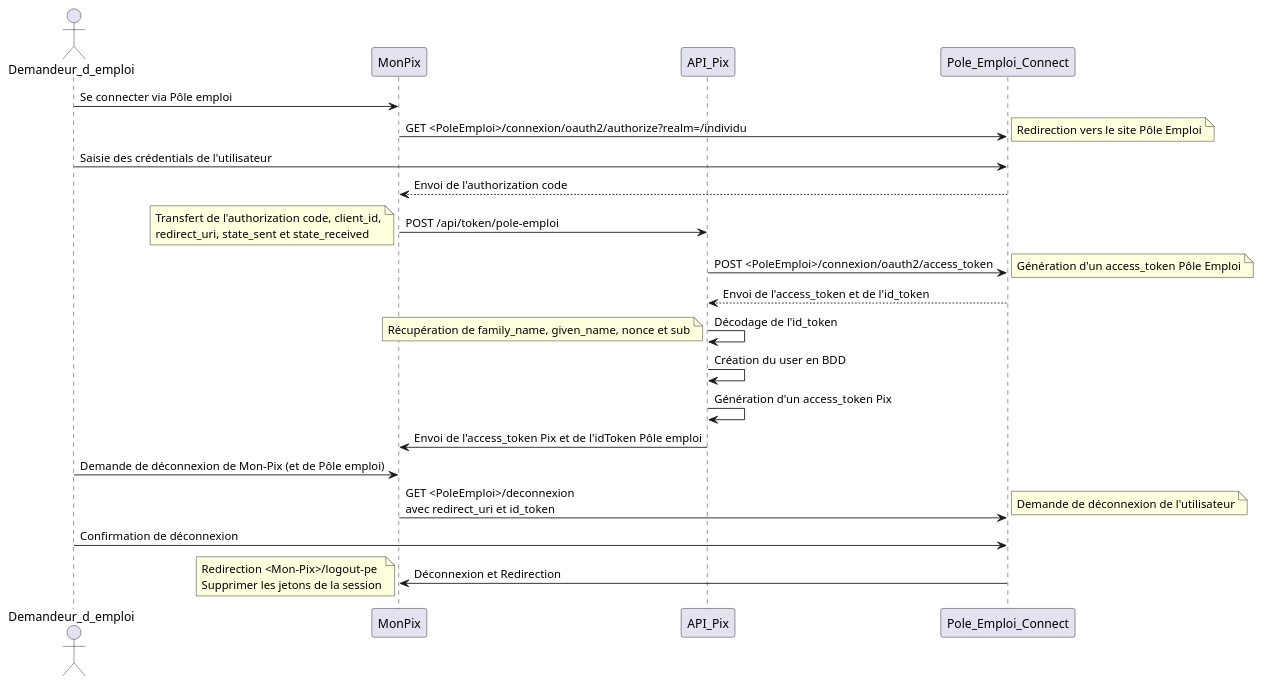
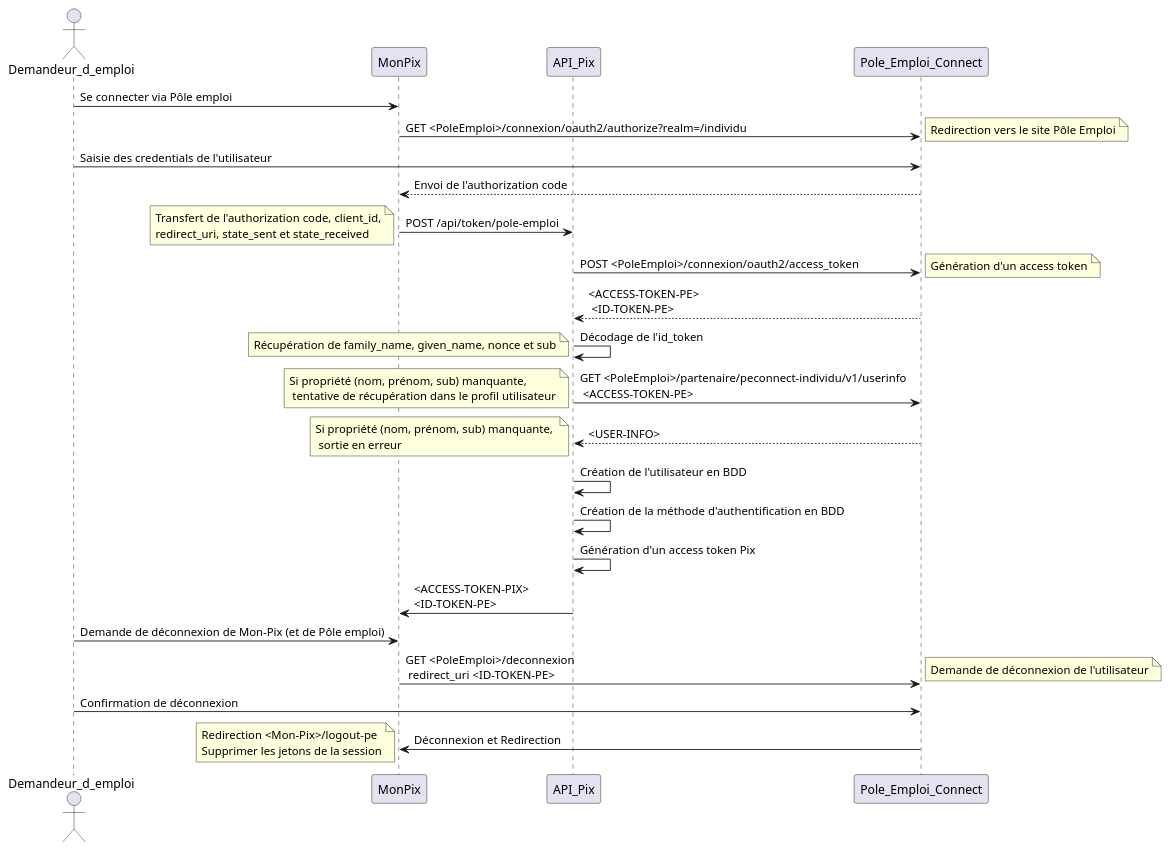
One commit to 1024pix/pix changed the diagram in docs/security/poleEmploi/authenticate_with_pole_emploi.puml. Above: the diagram before and after it, drawn with PlantUML.

Commit message:
Update workflow

```diff
--- a/docs/security/poleEmploi/authenticate_with_pole_emploi.puml
+++ b/docs/security/poleEmploi/authenticate_with_pole_emploi.puml
@@ -1,38 +1,44 @@
 @startuml
 actor Demandeur_d_emploi
 participant MonPix
 participant API_Pix
 participant Pole_Emploi_Connect
 
 Demandeur_d_emploi -> MonPix: Se connecter via Pôle emploi
 MonPix -> Pole_Emploi_Connect: GET <PoleEmploi>/connexion/oauth2/authorize?realm=/individu
 note right: Redirection vers le site Pôle Emploi
 
-Demandeur_d_emploi -> Pole_Emploi_Connect: Saisie des crédentials de l'utilisateur
+Demandeur_d_emploi -> Pole_Emploi_Connect: Saisie des credentials de l'utilisateur
 Pole_Emploi_Connect --> MonPix: Envoi de l'authorization code
 
 MonPix -> API_Pix: POST /api/token/pole-emploi
 note left: Transfert de l'authorization code, client_id,\nredirect_uri, state_sent et state_received
 API_Pix -> Pole_Emploi_Connect: POST <PoleEmploi>/connexion/oauth2/access_token
-note right: Génération d'un access_token Pôle Emploi
-Pole_Emploi_Connect --> API_Pix: Envoi de l'access_token et de l'id_token
+note right: Génération d'un access token
+Pole_Emploi_Connect --> API_Pix: <ACCESS-TOKEN-PE> \n <ID-TOKEN-PE>
 
 API_Pix -> API_Pix: Décodage de l'id_token
 note left: Récupération de family_name, given_name, nonce et sub
 
-API_Pix -> API_Pix: Création du user en BDD
-API_Pix -> API_Pix: Génération d'un access_token Pix
+API_Pix -> Pole_Emploi_Connect: GET <PoleEmploi>/partenaire/peconnect-individu/v1/userinfo\n <ACCESS-TOKEN-PE>
+note left: Si propriété (nom, prénom, sub) manquante, \n tentative de récupération dans le profil utilisateur
+Pole_Emploi_Connect --> API_Pix: <USER-INFO>
+note left: Si propriété (nom, prénom, sub) manquante, \n sortie en erreur
 
-API_Pix -> MonPix: Envoi de l'access_token Pix et de l'idToken Pôle emploi
+API_Pix -> API_Pix: Création de l'utilisateur en BDD
+API_Pix -> API_Pix: Création de la méthode d'authentification en BDD
+API_Pix -> API_Pix: Génération d'un access token Pix
+
+API_Pix -> MonPix: <ACCESS-TOKEN-PIX> \n<ID-TOKEN-PE>
 
 Demandeur_d_emploi -> MonPix: Demande de déconnexion de Mon-Pix (et de Pôle emploi)
-MonPix -> Pole_Emploi_Connect: GET <PoleEmploi>/deconnexion\navec redirect_uri et id_token
+MonPix -> Pole_Emploi_Connect: GET <PoleEmploi>/deconnexion\n redirect_uri <ID-TOKEN-PE>
 note right: Demande de déconnexion de l'utilisateur
 
 Demandeur_d_emploi -> Pole_Emploi_Connect: Confirmation de déconnexion
 
 Pole_Emploi_Connect -> MonPix: Déconnexion et Redirection
 
 note left: Redirection <Mon-Pix>/logout-pe\nSupprimer les jetons de la session
 
 @enduml
```
